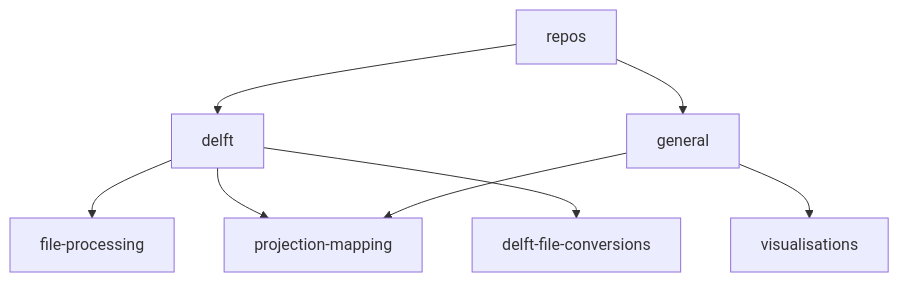
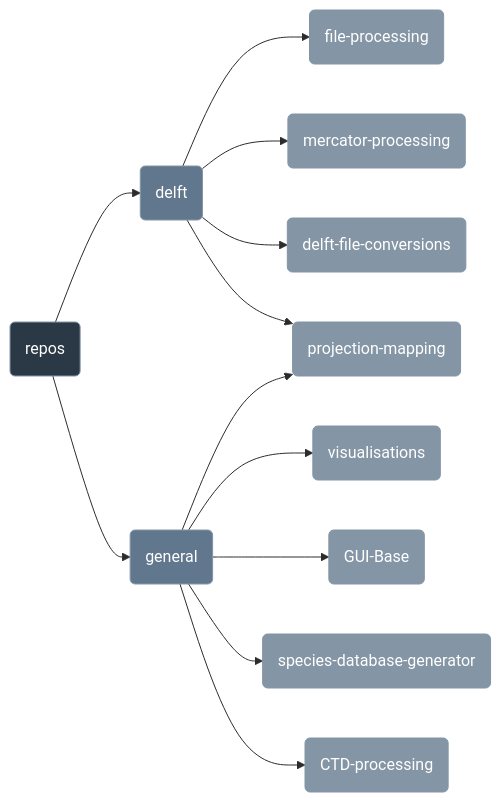
Before and after one commit to Anchor-Environmental/.github: the diagram in README.md, drawn with Mermaid. The commit also changed other lines of this file and 1 other file, not shown here.

````diff
--- a/README.md
+++ b/README.md
@@ -38,12 +35,26 @@
 ```mermaid
+%%{init: {'theme':'base', 'themeVariables': {
+      'primaryColor': '#61778d',
+      'primaryTextColor': '#fff',
+      'primaryBorderColor': '#8495a6',
+      'lineColor': '#2c2c2c',
+      'secondaryColor': '#8495a6',
+      'tertiaryColor': '#8495a6'
+    }}}%%
+flowchart LR
+  A(repos):::layer0-->B(delft):::layer1
+  B(delft)-->C(file-processing):::layer2
+  B-->J(mercator-processing):::layer2
+  B-->E(delft-file-conversions):::layer2
+  B-->D(projection-mapping):::layer2
+  A(repos)-->F(general):::layer1
+  F-->G(visualisations):::layer2
+  F-->D(projection-mapping):::layer2
+  F-->I(GUI-Base):::layer2
+  F-->K(species-database-generator):::layer2
+  F-->L(CTD-processing):::layer2
 
-graph TD
-  A[repos]-->B[delft]
-  B[delft]-->C[file-processing]
-  B-->D[projection-mapping]
-  B-->E[delft-file-conversions]
-  A-->F[general]
-  F-->G[visualisations]
-  F-->D[projection-mapping]
-
+ classDef layer0 fill:#2b3846
+ classDef layer1 fill:#61778d
+ classDef layer2 fill:#8495a6
 ```
````
